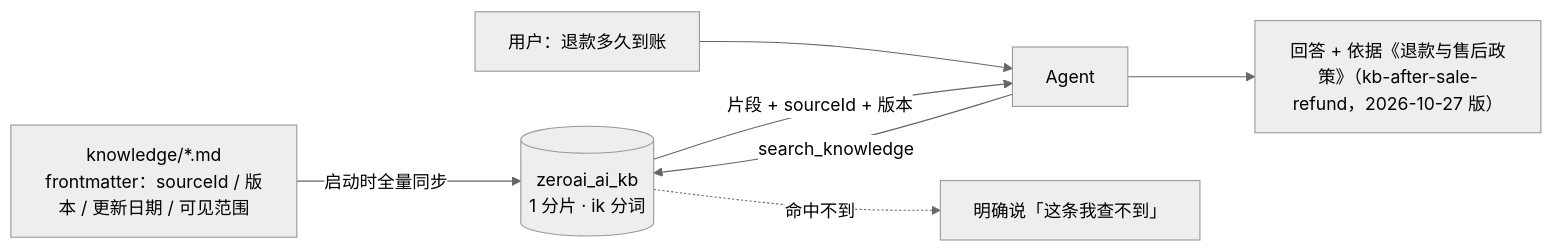
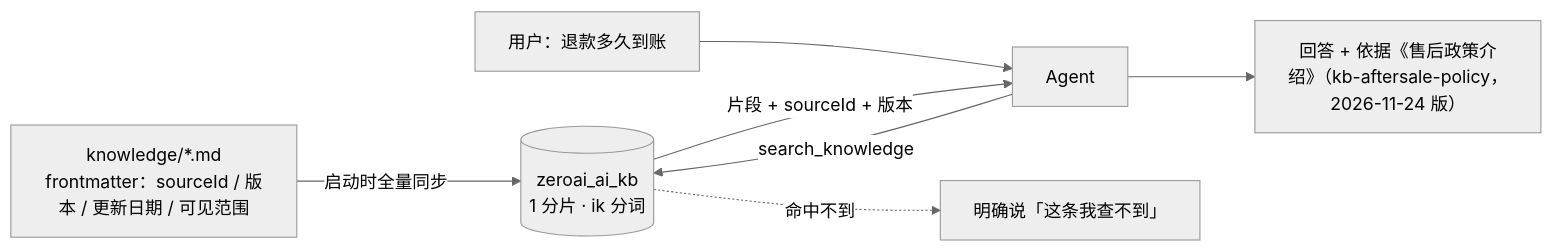
Before and after one commit to zeroaihub/zeroai-mall: the third of 4 diagrams in README.md, drawn with Mermaid (neutral theme). The commit also changed other lines of this file and 25 other files, not shown here.

````diff
--- a/README.md
+++ b/README.md
@@ -195,9 +195,9 @@
 ```mermaid
 flowchart LR
     MD["knowledge/*.md<br/>frontmatter：sourceId / 版本 / 更新日期 / 可见范围"] -->|"启动时全量同步"| KBI[("zeroai_ai_kb<br/>1 分片 · ik 分词")]
     Q["用户：退款多久到账"] --> A["Agent"]
     A -->|"search_knowledge"| KBI
     KBI -->|"片段 + sourceId + 版本"| A
-    A --> R["回答 + 依据《退款与售后政策》（kb-after-sale-refund，2026-10-27 版）"]
+    A --> R["回答 + 依据《售后政策介绍》（kb-aftersale-policy，2026-11-24 版）"]
     KBI -.->|"命中不到"| N["明确说「这条我查不到」"]
 ```
````
